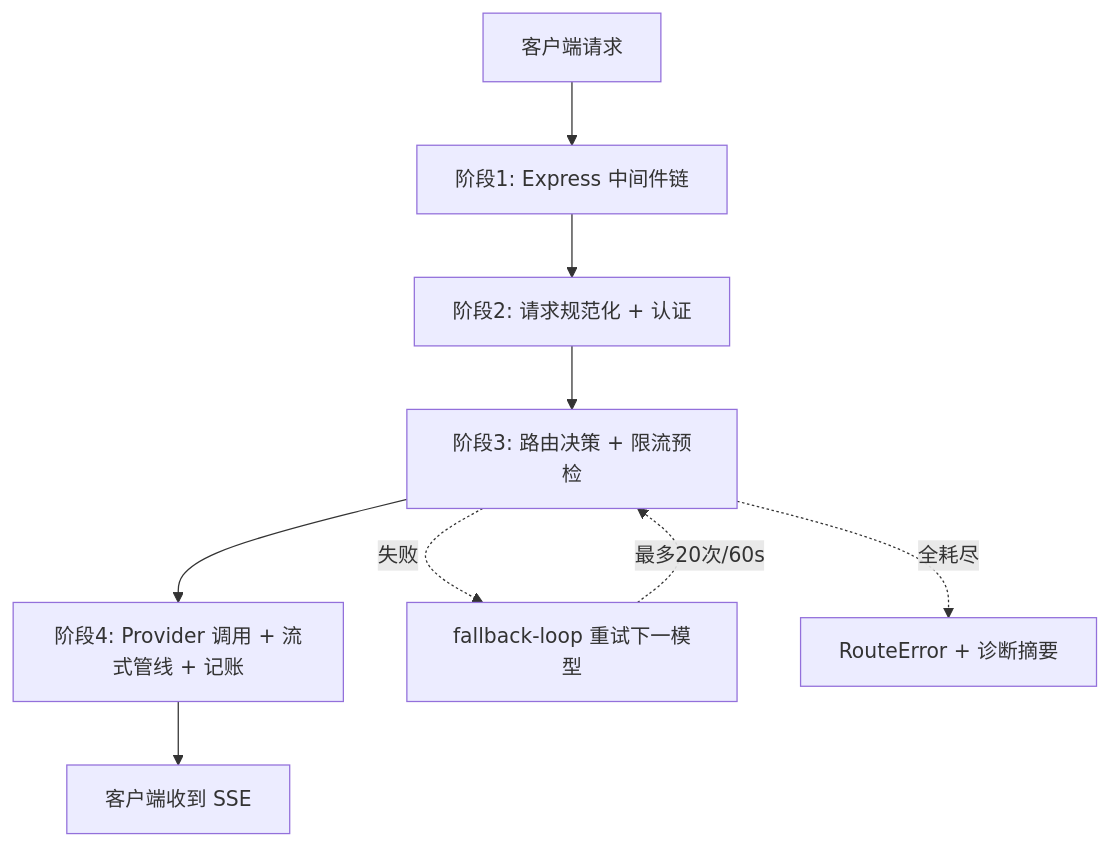
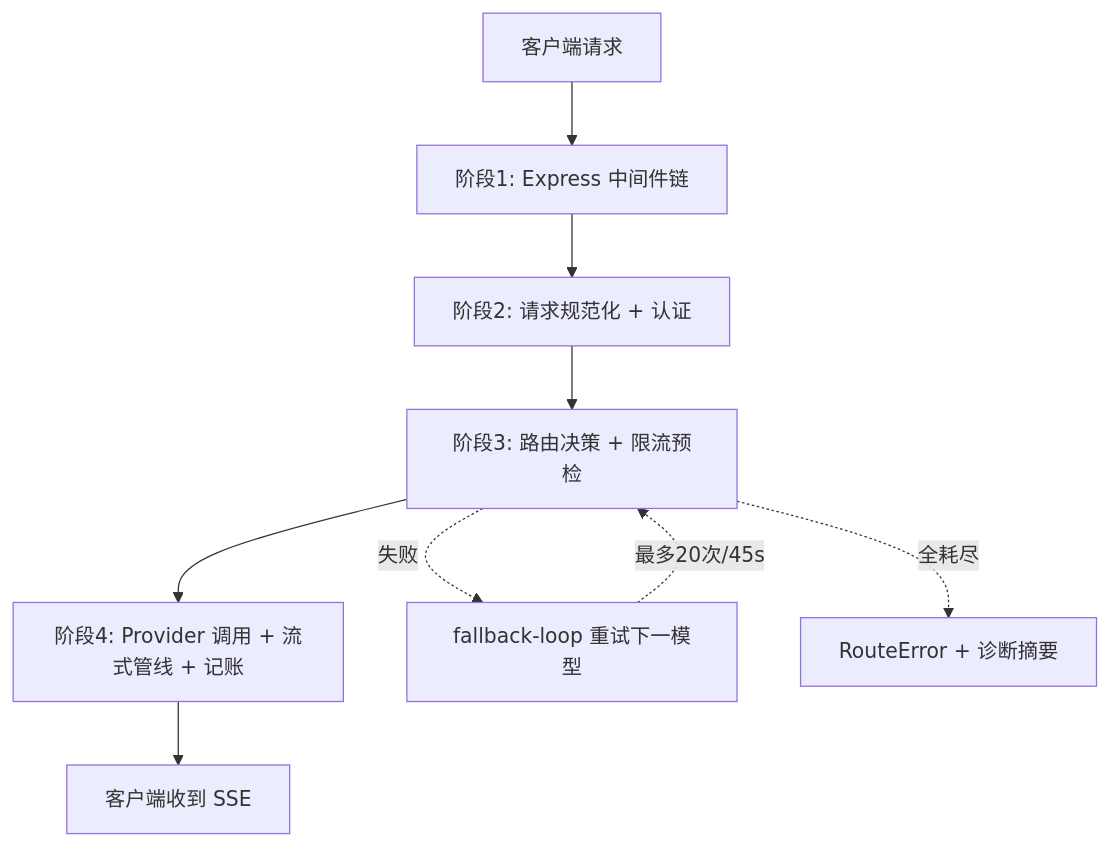
Before and after one commit to adrian9778/freellmapi: the first of 8 diagrams in docs/adrian/sourceReader/03-详细逐步说明-主链路拆解.md, drawn with Mermaid. The commit also changed other lines of this file and 18 other files, not shown here.

````diff
--- a/docs/adrian/sourceReader/03-详细逐步说明-主链路拆解.md
+++ b/docs/adrian/sourceReader/03-详细逐步说明-主链路拆解.md
@@ -9,12 +9,12 @@
 ```mermaid
 flowchart TD
     A[客户端请求] --> B[阶段1: Express 中间件链]
     B --> C[阶段2: 请求规范化 + 认证]
     C --> D[阶段3: 路由决策 + 限流预检]
     D --> E[阶段4: Provider 调用 + 流式管线 + 记账]
     E --> F[客户端收到 SSE]
     
     D -.失败.-> D1[fallback-loop 重试下一模型]
-    D1 -.最多20次/60s.-> D
+    D1 -.最多20次/45s.-> D
     D -.全耗尽.-> D2[RouteError + 诊断摘要]
 ```
````
